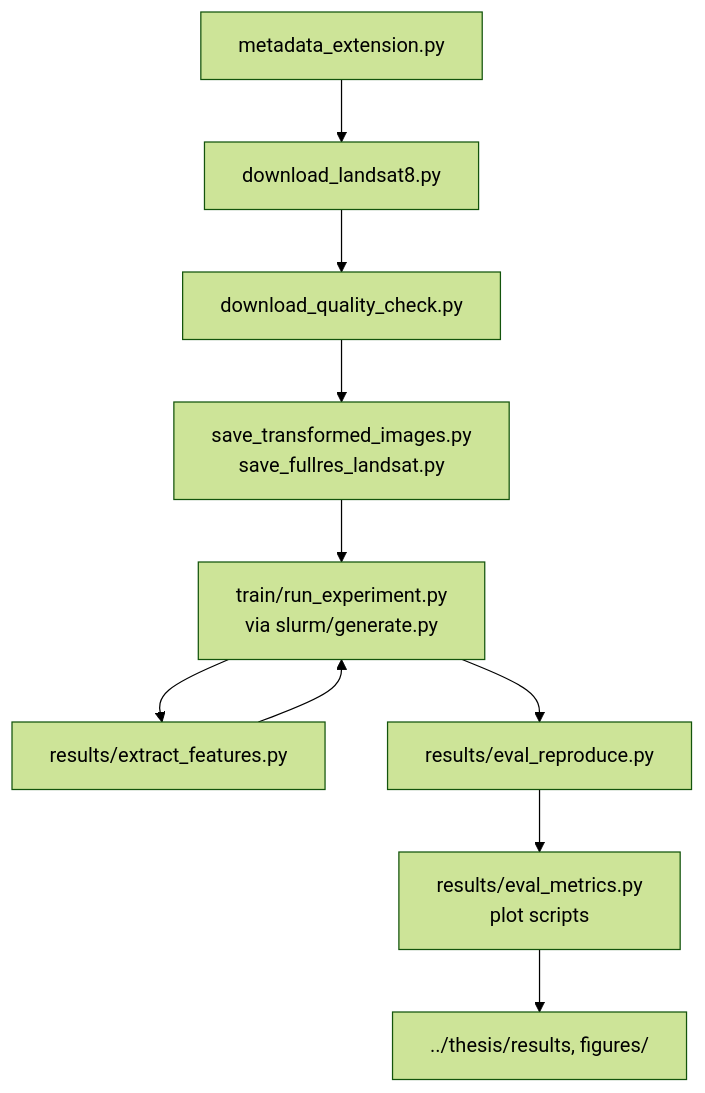
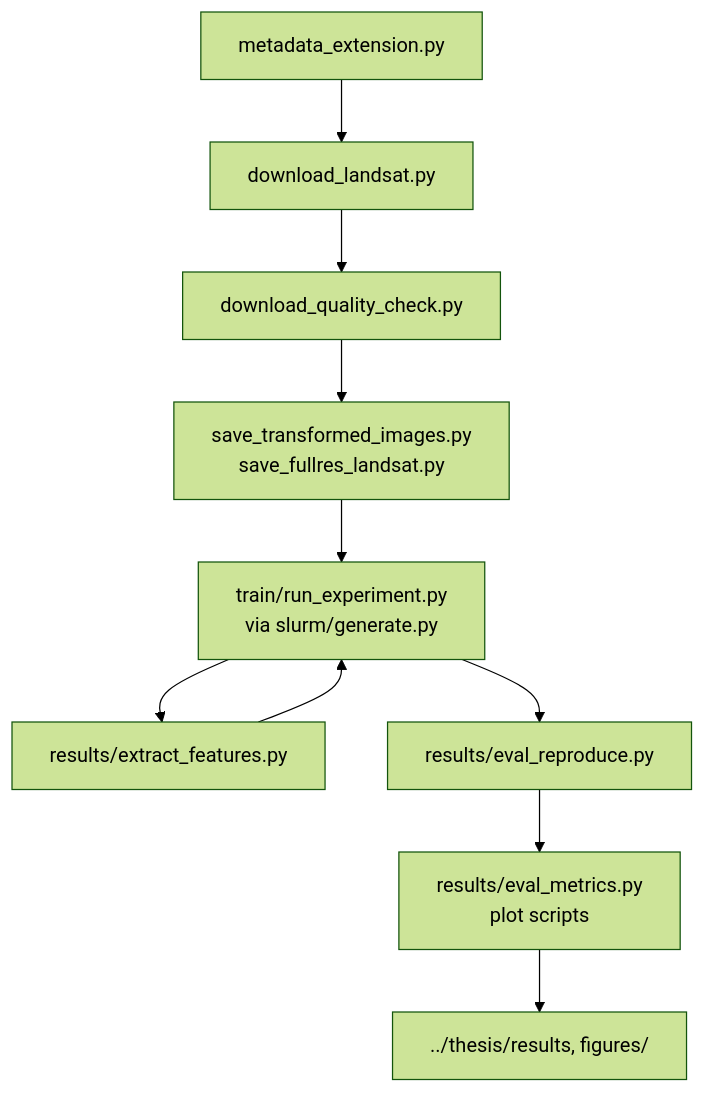
The diagram in README.md (erikhenicke/bigpicture), drawn with Mermaid (forest theme) before and after one commit. The commit also changed other lines of this file, not shown here.

````diff
--- a/README.md
+++ b/README.md
@@ -36,11 +36,11 @@
 ```mermaid
 flowchart 
-    A[metadata_extension.py] --> B[download_landsat8.py]
+    A[metadata_extension.py] --> B[download_landsat.py]
     B --> C[download_quality_check.py]
     C --> D[save_transformed_images.py<br>save_fullres_landsat.py]
     D --> E[train/run_experiment.py<br>via slurm/generate.py]
     E --> F[results/extract_features.py] --> E
     E --> G[results/eval_reproduce.py]
     G --> H[results/eval_metrics.py<br>plot scripts]
     H --> I[../thesis/results, figures/]
 ```
````
